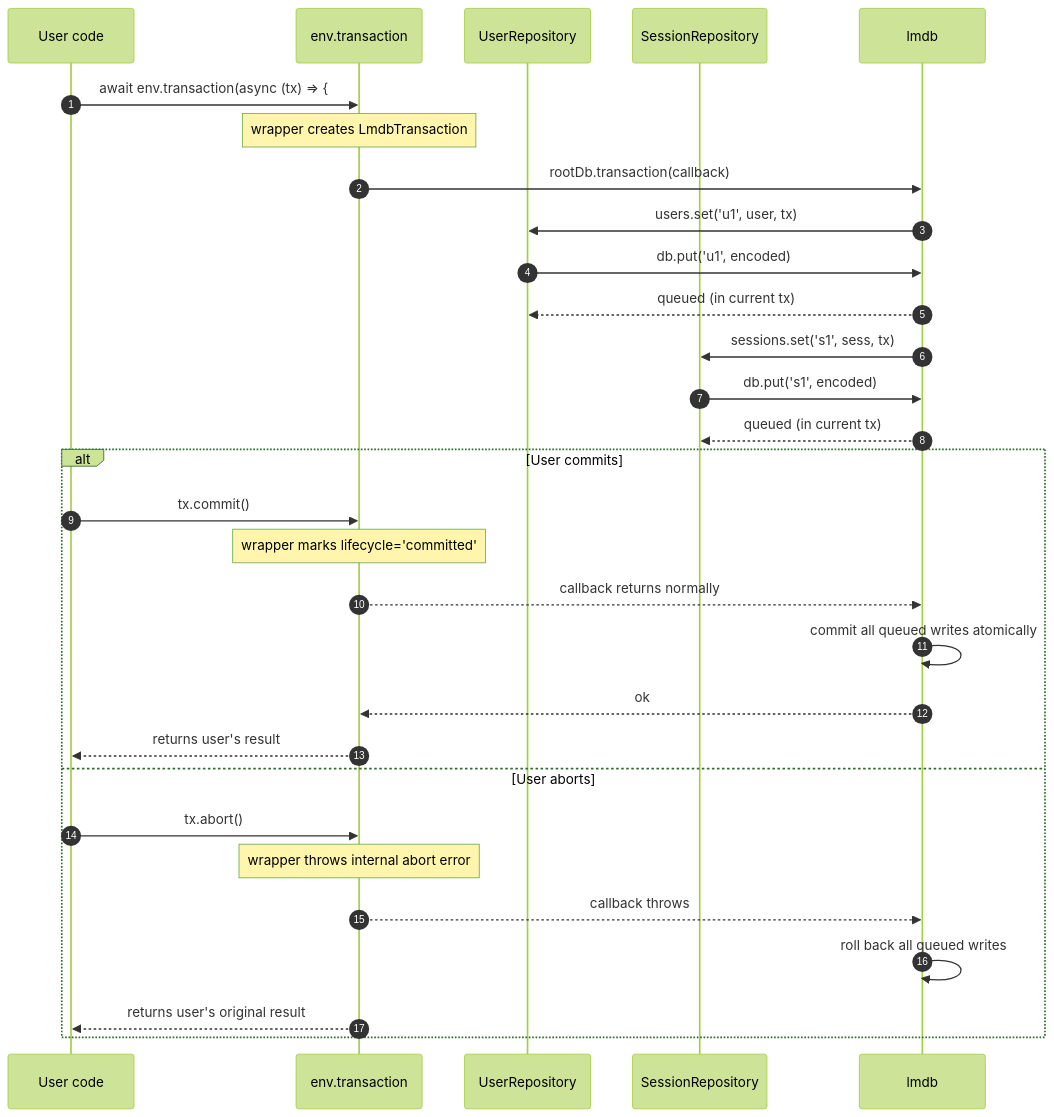
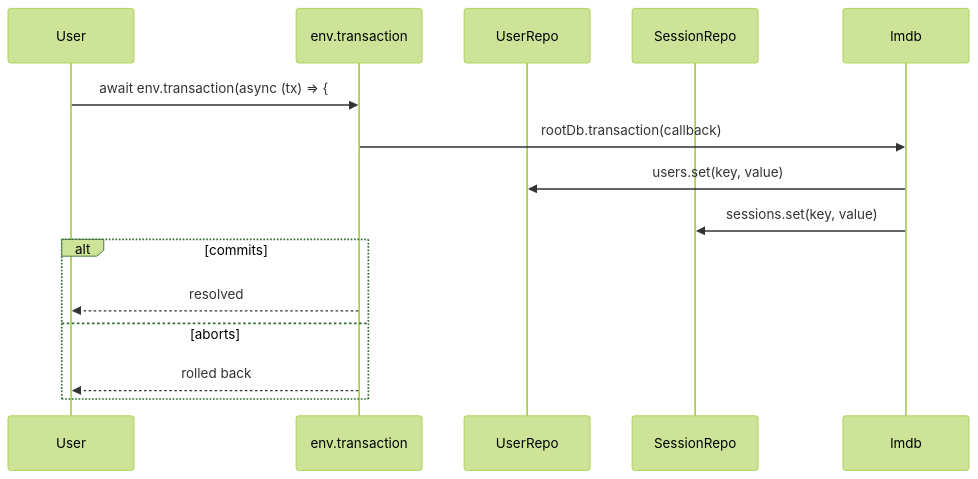
One commit to gramstax/gramstax changed the third of 3 diagrams in packages/lmdb/README.md. Above: the diagram before and after it, drawn with Mermaid (forest theme). The commit also changed other lines of this file, not shown here.

First line of the commit message:
docs(lmdb): rewrite README with Db extends LmdbEnv pattern and production best practices

````diff
--- a/packages/lmdb/README.md
+++ b/packages/lmdb/README.md
@@ -201,36 +273,18 @@
 ```mermaid
 sequenceDiagram
-    autonumber
-    participant U as User code
+    participant U as User
     participant E as env.transaction
-    participant R1 as UserRepository
-    participant R2 as SessionRepository
+    participant R1 as UserRepo
+    participant R2 as SessionRepo
     participant L as lmdb
 
     U->>E: await env.transaction(async (tx) => {
-    Note over E: wrapper creates LmdbTransaction
     E->>L: rootDb.transaction(callback)
-
-    L->>R1: users.set('u1', user, tx)
-    R1->>L: db.put('u1', encoded)
-    L-->>R1: queued (in current tx)
-
-    L->>R2: sessions.set('s1', sess, tx)
-    R2->>L: db.put('s1', encoded)
-    L-->>R2: queued (in current tx)
-
-    alt User commits
-        U->>E: tx.commit()
-        Note over E: wrapper marks lifecycle='committed'
-        E-->>L: callback returns normally
-        L->>L: commit all queued writes atomically
-        L-->>E: ok
-        E-->>U: returns user's result
-    else User aborts
-        U->>E: tx.abort()
-        Note over E: wrapper throws internal abort error
-        E-->>L: callback throws
-        L->>L: roll back all queued writes
-        E-->>U: returns user's original result
+    L->>R1: users.set(key, value)
+    L->>R2: sessions.set(key, value)
+    alt commits
+        E-->>U: resolved
+    else aborts
+        E-->>U: rolled back
     end
 ```
````
